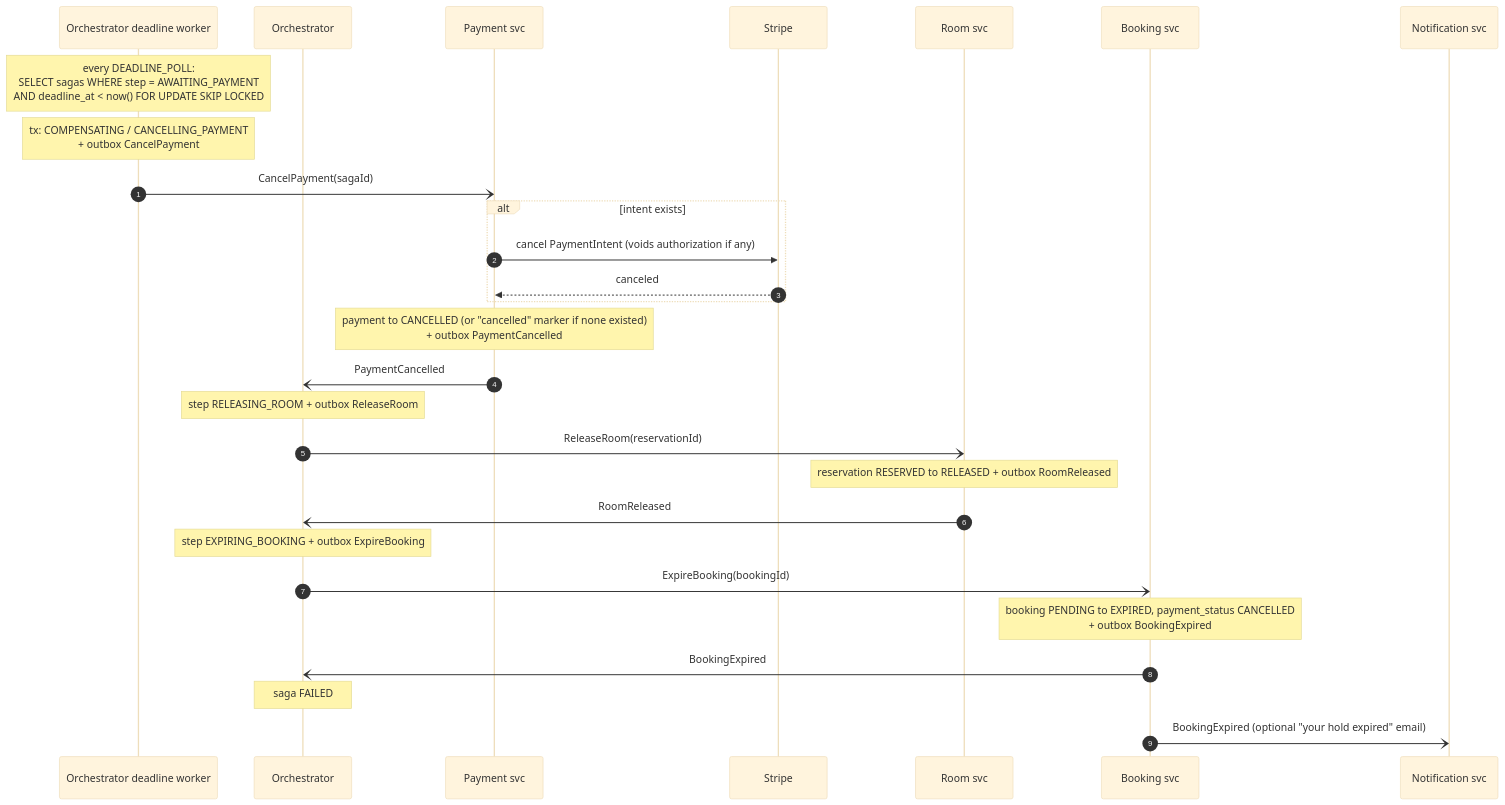
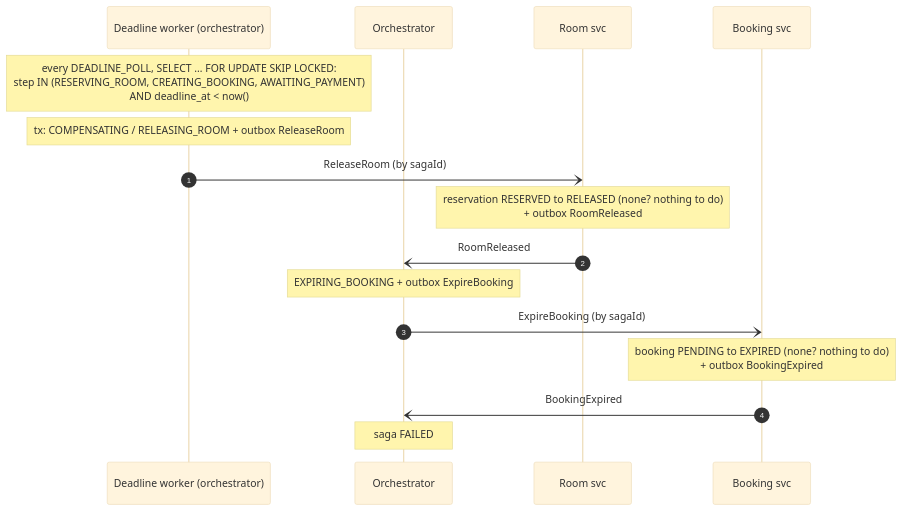
One commit to TranQuangPhong/hotel-booking-hexagon changed the fourth of 5 diagrams in doc/uc1-create-booking/flows.md. Above: the diagram before and after it, drawn with Mermaid (base theme). The commit also changed other lines of this file and 12 other files, not shown here.

````diff
--- a/doc/uc1-create-booking/flows.md
+++ b/doc/uc1-create-booking/flows.md
@@ -148,31 +122,19 @@
 ```mermaid
 sequenceDiagram
     autonumber
-    participant W as Orchestrator deadline worker
+    participant W as Deadline worker (orchestrator)
     participant O as Orchestrator
-    participant P as Payment svc
-    participant S as Stripe
     participant R as Room svc
     participant B as Booking svc
-    participant N as Notification svc
 
-    Note over W: every DEADLINE_POLL:<br/>SELECT sagas WHERE step = AWAITING_PAYMENT<br/>AND deadline_at < now() FOR UPDATE SKIP LOCKED
-    Note over W: tx: COMPENSATING / CANCELLING_PAYMENT<br/>+ outbox CancelPayment
-    W-)P: CancelPayment(sagaId)
-    alt intent exists
-        P->>S: cancel PaymentIntent (voids authorization if any)
-        S-->>P: canceled
-    end
-    Note over P: payment to CANCELLED (or "cancelled" marker if none existed)<br/>+ outbox PaymentCancelled
-    P-)O: PaymentCancelled
-    Note over O: step RELEASING_ROOM + outbox ReleaseRoom
-    O-)R: ReleaseRoom(reservationId)
-    Note over R: reservation RESERVED to RELEASED + outbox RoomReleased
+    Note over W: every DEADLINE_POLL, SELECT … FOR UPDATE SKIP LOCKED:<br/>step IN (RESERVING_ROOM, CREATING_BOOKING, AWAITING_PAYMENT)<br/>AND deadline_at < now()
+    Note over W: tx: COMPENSATING / RELEASING_ROOM + outbox ReleaseRoom
+    W-)R: ReleaseRoom (by sagaId)
+    Note over R: reservation RESERVED to RELEASED (none? nothing to do)<br/>+ outbox RoomReleased
     R-)O: RoomReleased
-    Note over O: step EXPIRING_BOOKING + outbox ExpireBooking
-    O-)B: ExpireBooking(bookingId)
-    Note over B: booking PENDING to EXPIRED, payment_status CANCELLED<br/>+ outbox BookingExpired
+    Note over O: EXPIRING_BOOKING + outbox ExpireBooking
+    O-)B: ExpireBooking (by sagaId)
+    Note over B: booking PENDING to EXPIRED (none? nothing to do)<br/>+ outbox BookingExpired
     B-)O: BookingExpired
     Note over O: saga FAILED
-    B-)N: BookingExpired (optional "your hold expired" email)
 ```
````
